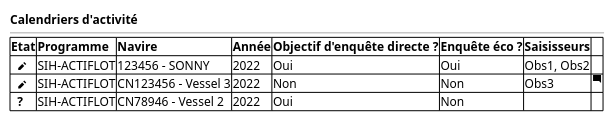
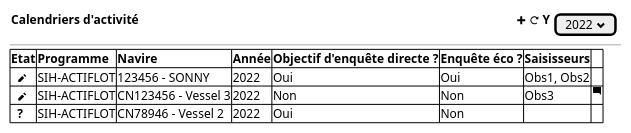
The diagram in projects/activity-calendar/spe/images/activity-calendar-table.puml (sumaris-net/sumaris-doc), drawn with PlantUML before and after one commit. The commit also changed 16 other files, not shown here.

```diff
--- a/projects/activity-calendar/spe/images/activity-calendar-table.puml
+++ b/projects/activity-calendar/spe/images/activity-calendar-table.puml
@@ -1,14 +1,14 @@
 @startsalt
 {
-  <b>Calendriers d'activité
+  {<b>Calendriers d'activité                                                                                                                         <&plus> <&reload> Y {[2022 <&chevron-bottom>]}}
   --
 	{#
 
      <b>Etat | <b>Programme | <b>Navire   | <b>Année | <b>Objectif d'enquête directe ? | <b>Enquête éco ?|<b>Saisisseurs | .
      <b>  <&pencil> | SIH-ACTIFLOT | 123456 - SONNY | 2022 | Oui | Oui | Obs1, Obs2 | .
      <b>  <&pencil> | SIH-ACTIFLOT | CN123456 - Vessel 3 | 2022 | Non | Non | Obs3 | <&comment-square>
      <b>  ? | SIH-ACTIFLOT | CN78946 - Vessel 2 | 2022 | Oui | Non | .
     }
 
 }
 @endsalt
```
